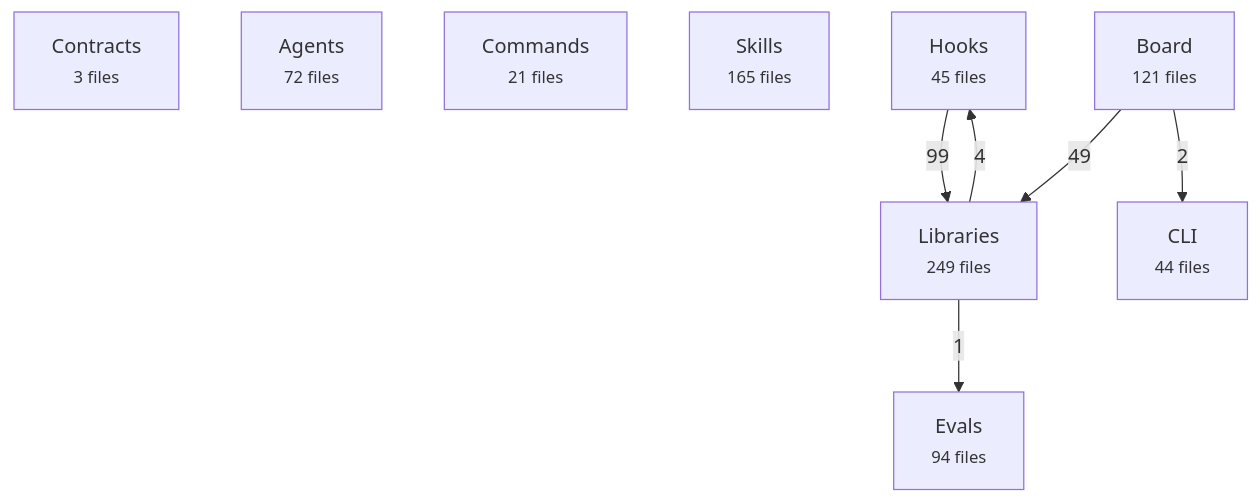
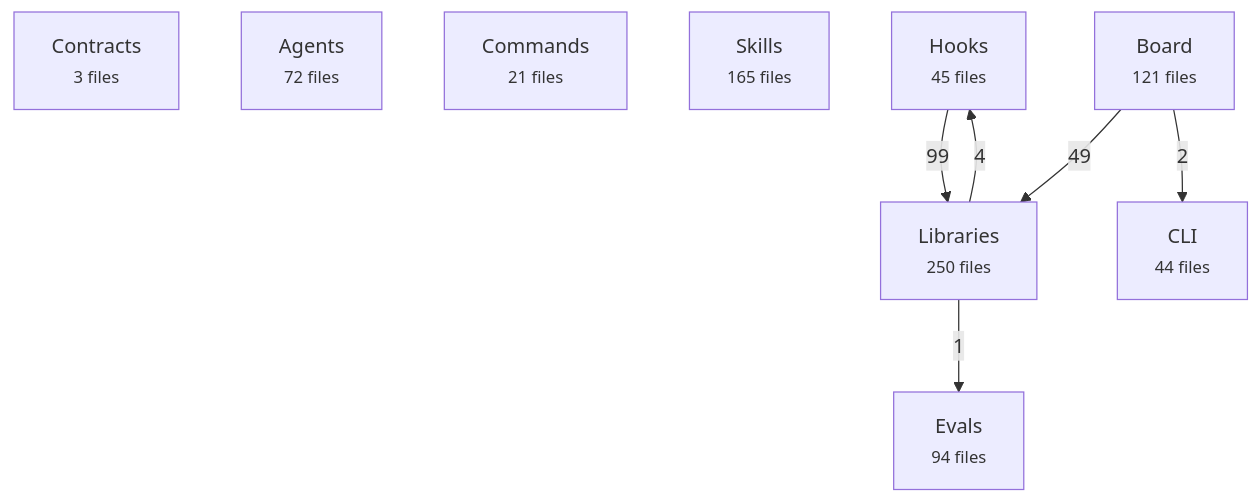
Before and after one commit to avelikiy/great_cto: the first of 2 diagrams in docs/reference/architecture-map.md, drawn with Mermaid. The commit also changed other lines of this file and 10 other files, not shown here.

````diff
--- a/docs/reference/architecture-map.md
+++ b/docs/reference/architecture-map.md
@@ -20,17 +20,17 @@
 ```mermaid
 flowchart TD
   contracts["Contracts<br/><small>3 files</small>"]
   agents["Agents<br/><small>72 files</small>"]
   commands["Commands<br/><small>21 files</small>"]
   skills["Skills<br/><small>165 files</small>"]
   hooks["Hooks<br/><small>45 files</small>"]
-  libs["Libraries<br/><small>249 files</small>"]
+  libs["Libraries<br/><small>250 files</small>"]
   board["Board<br/><small>121 files</small>"]
   cli["CLI<br/><small>44 files</small>"]
   evals["Evals<br/><small>94 files</small>"]
   hooks -->|99| libs
   board -->|49| libs
   libs -->|4| hooks
   board -->|2| cli
   libs -->|1| evals
 ```
````
